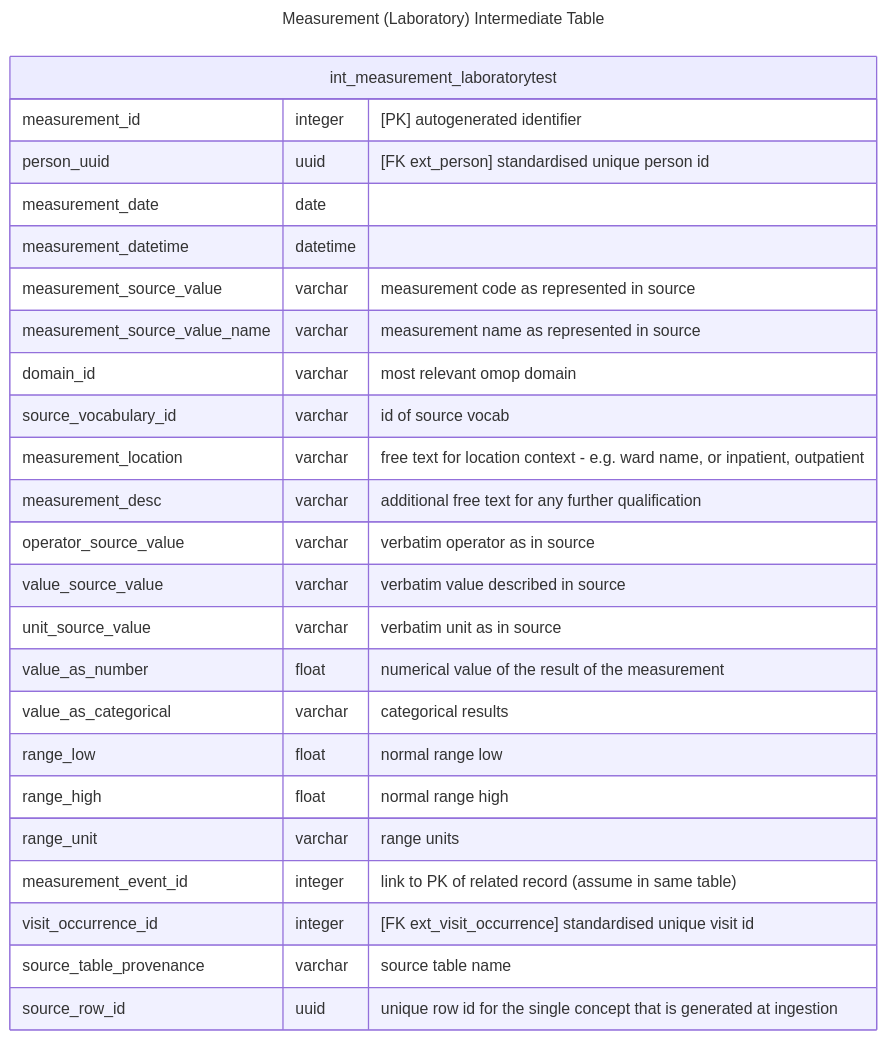
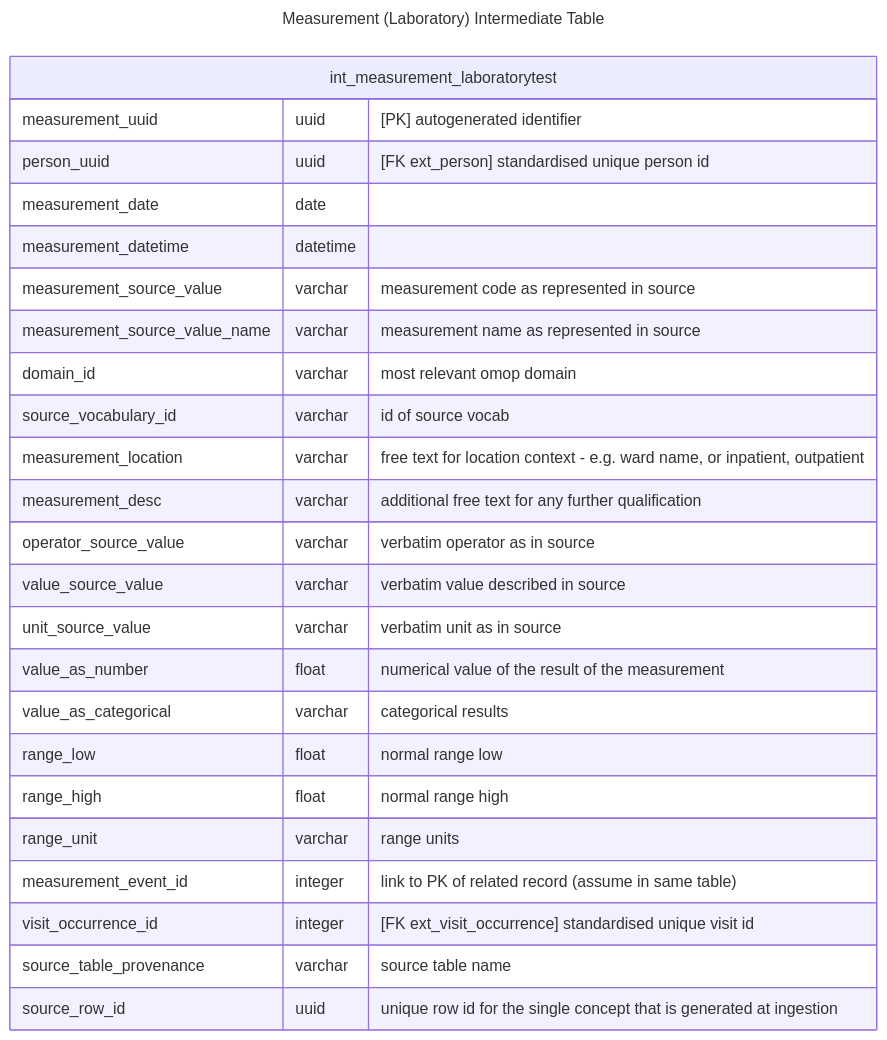
Before and after one commit to d3london/sde_aic_external_docs: the first of 4 diagrams in src/pages/data_model/cdm_measurement.qmd, drawn with Mermaid. The commit also changed other lines of this file and 3 other files, not shown here.

````diff
--- a/src/pages/data_model/cdm_measurement.qmd
+++ b/src/pages/data_model/cdm_measurement.qmd
@@ -26,30 +26,30 @@
 ```{mermaid}
 ---
 title: Measurement (Laboratory) Intermediate Table
 ---
 erDiagram
     int_measurement_laboratorytest {
-        measurement_id integer "[PK] autogenerated identifier"
+        measurement_uuid uuid "[PK] autogenerated identifier"
         person_uuid uuid "[FK ext_person] standardised unique person id"
         measurement_date date
         measurement_datetime datetime    
         measurement_source_value varchar "measurement code as represented in source"
         measurement_source_value_name varchar "measurement name as represented in source"
         domain_id varchar "most relevant omop domain"
         source_vocabulary_id varchar "id of source vocab"
         measurement_location varchar "free text for location context - e.g. ward name, or inpatient, outpatient"
         measurement_desc varchar "additional free text for any further qualification"
         operator_source_value varchar "verbatim operator as in source"
         value_source_value varchar "verbatim value described in source"
         unit_source_value varchar "verbatim unit as in source"               
         value_as_number float "numerical value of the result of the measurement"
         value_as_categorical varchar "categorical results"        
         range_low float "normal range low"
         range_high float  "normal range high"
         range_unit varchar "range units"
         measurement_event_id integer "link to PK of related record (assume in same table)"
         visit_occurrence_id integer "[FK ext_visit_occurrence] standardised unique visit id"
         source_table_provenance varchar "source table name"
         source_row_id uuid "unique row id for the single concept that is generated at ingestion"
     }
 ```
````
